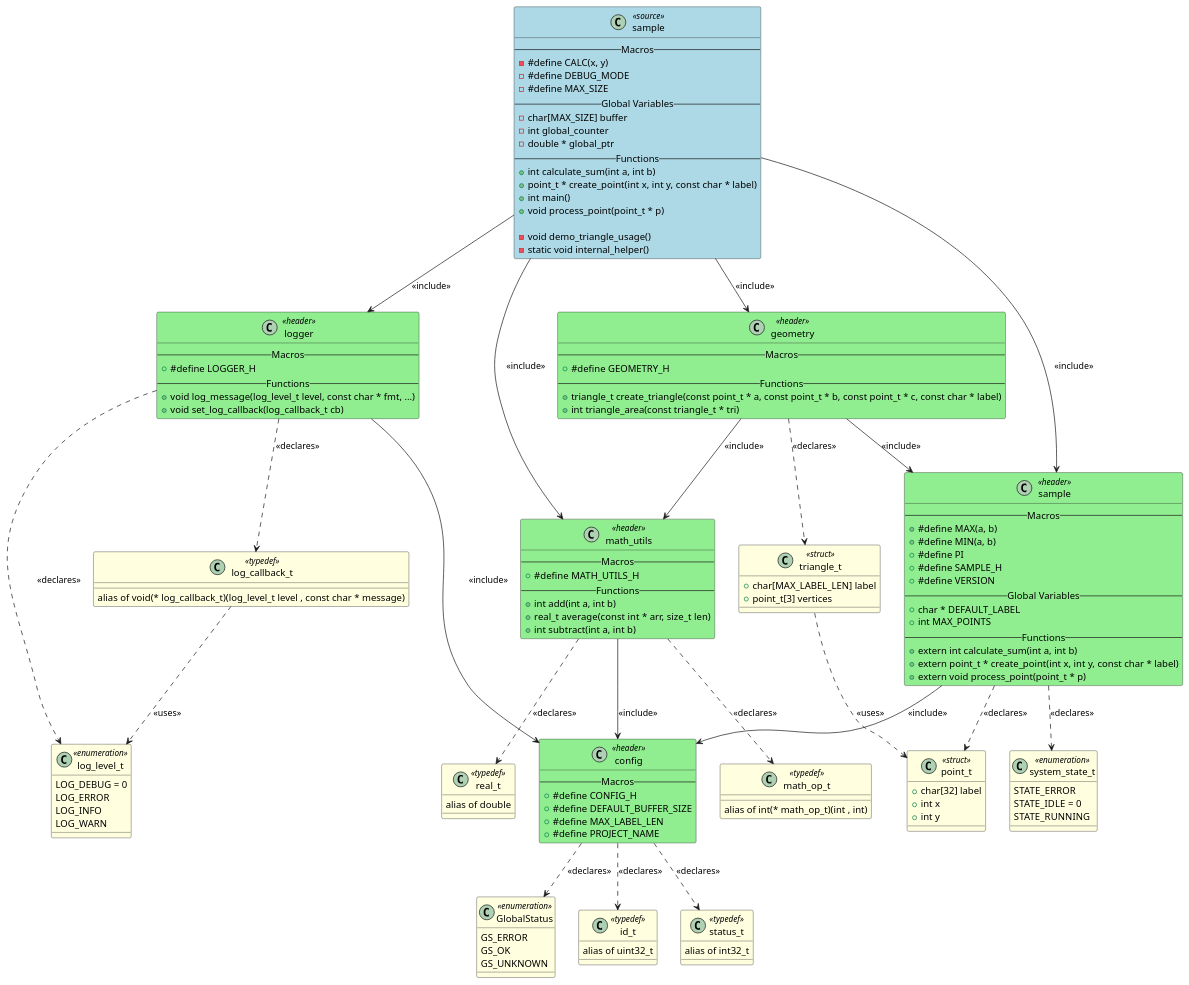
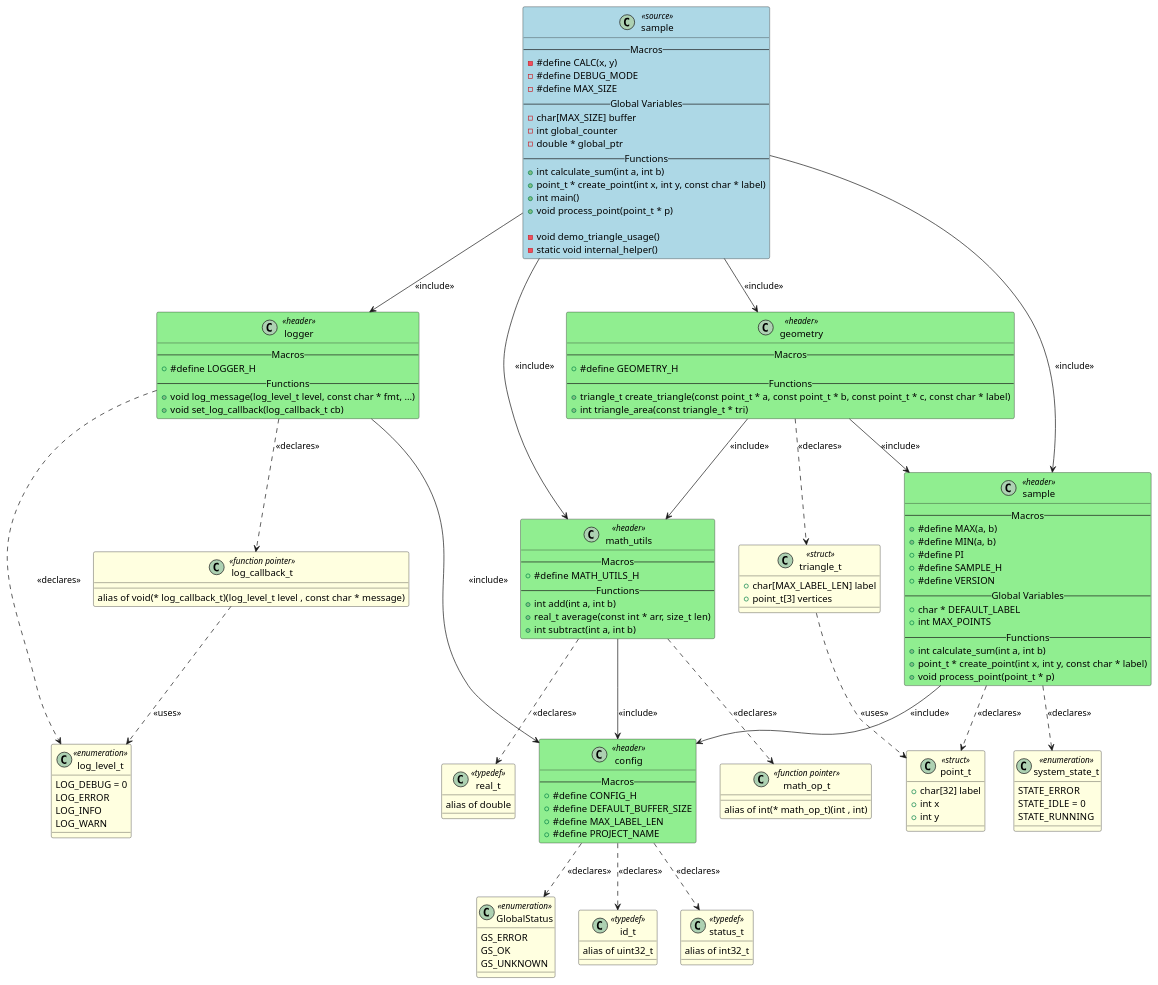
The diagram in artifacts/output_example/sample.puml (fischerjooo/c2puml), drawn with PlantUML before and after one commit. The commit also changed 30 other files, not shown here.

First line of the commit message:
Update function pointer typedefs for consistency (#202)

```diff
--- a/artifacts/output_example/sample.puml
+++ b/artifacts/output_example/sample.puml
@@ -1,165 +1,165 @@
 @startuml sample
 
 class "sample" as SAMPLE <<source>> #LightBlue
 {
     -- Macros --
     - #define CALC(x, y)
     - #define DEBUG_MODE
     - #define MAX_SIZE
     -- Global Variables --
     - char[MAX_SIZE] buffer
     - int global_counter
     - double * global_ptr
     -- Functions --
     + int calculate_sum(int a, int b)
     + point_t * create_point(int x, int y, const char * label)
     + int main()
     + void process_point(point_t * p)
 
     - void demo_triangle_usage()
     - static void internal_helper()
 }
 
 class "config" as HEADER_CONFIG <<header>> #LightGreen
 {
     -- Macros --
     + #define CONFIG_H
     + #define DEFAULT_BUFFER_SIZE
     + #define MAX_LABEL_LEN
     + #define PROJECT_NAME
 }
 
 class "geometry" as HEADER_GEOMETRY <<header>> #LightGreen
 {
     -- Macros --
     + #define GEOMETRY_H
     -- Functions --
     + triangle_t create_triangle(const point_t * a, const point_t * b, const point_t * c, const char * label)
     + int triangle_area(const triangle_t * tri)
 }
 
 class "logger" as HEADER_LOGGER <<header>> #LightGreen
 {
     -- Macros --
     + #define LOGGER_H
     -- Functions --
     + void log_message(log_level_t level, const char * fmt, ...)
     + void set_log_callback(log_callback_t cb)
 }
 
 class "math_utils" as HEADER_MATH_UTILS <<header>> #LightGreen
 {
     -- Macros --
     + #define MATH_UTILS_H
     -- Functions --
     + int add(int a, int b)
     + real_t average(const int * arr, size_t len)
     + int subtract(int a, int b)
 }
 
 class "sample" as HEADER_SAMPLE <<header>> #LightGreen
 {
     -- Macros --
     + #define MAX(a, b)
     + #define MIN(a, b)
     + #define PI
     + #define SAMPLE_H
     + #define VERSION
     -- Global Variables --
     + char * DEFAULT_LABEL
     + int MAX_POINTS
     -- Functions --
-    + extern int calculate_sum(int a, int b)
-    + extern point_t * create_point(int x, int y, const char * label)
-    + extern void process_point(point_t * p)
+    + int calculate_sum(int a, int b)
+    + point_t * create_point(int x, int y, const char * label)
+    + void process_point(point_t * p)
 }
 
 class "GlobalStatus" as TYPEDEF_GLOBALSTATUS <<enumeration>> #LightYellow
 {
     GS_ERROR
     GS_OK
     GS_UNKNOWN
 }
 
 class "id_t" as TYPEDEF_ID_T <<typedef>> #LightYellow
 {
     alias of uint32_t
 }
 
 class "status_t" as TYPEDEF_STATUS_T <<typedef>> #LightYellow
 {
     alias of int32_t
 }
 
 class "triangle_t" as TYPEDEF_TRIANGLE_T <<struct>> #LightYellow
 {
     + char[MAX_LABEL_LEN] label
     + point_t[3] vertices
 }
 
 class "log_level_t" as TYPEDEF_LOG_LEVEL_T <<enumeration>> #LightYellow
 {
     LOG_DEBUG = 0
     LOG_ERROR
     LOG_INFO
     LOG_WARN
 }
 
-class "log_callback_t" as TYPEDEF_LOG_CALLBACK_T <<typedef>> #LightYellow
+class "log_callback_t" as TYPEDEF_LOG_CALLBACK_T <<function pointer>> #LightYellow
 {
     alias of void(* log_callback_t)(log_level_t level , const char * message)
 }
 
-class "math_op_t" as TYPEDEF_MATH_OP_T <<typedef>> #LightYellow
+class "math_op_t" as TYPEDEF_MATH_OP_T <<function pointer>> #LightYellow
 {
     alias of int(* math_op_t)(int , int)
 }
 
 class "real_t" as TYPEDEF_REAL_T <<typedef>> #LightYellow
 {
     alias of double
 }
 
 class "point_t" as TYPEDEF_POINT_T <<struct>> #LightYellow
 {
     + char[32] label
     + int x
     + int y
 }
 
 class "system_state_t" as TYPEDEF_SYSTEM_STATE_T <<enumeration>> #LightYellow
 {
     STATE_ERROR
     STATE_IDLE = 0
     STATE_RUNNING
 }
 
 
 ' Include relationships
 HEADER_GEOMETRY --> HEADER_MATH_UTILS : <<include>>
 HEADER_GEOMETRY --> HEADER_SAMPLE : <<include>>
 HEADER_LOGGER --> HEADER_CONFIG : <<include>>
 HEADER_MATH_UTILS --> HEADER_CONFIG : <<include>>
 SAMPLE --> HEADER_GEOMETRY : <<include>>
 SAMPLE --> HEADER_LOGGER : <<include>>
 SAMPLE --> HEADER_MATH_UTILS : <<include>>
 SAMPLE --> HEADER_SAMPLE : <<include>>
 HEADER_SAMPLE --> HEADER_CONFIG : <<include>>
 
 ' Declaration relationships
 HEADER_CONFIG ..> TYPEDEF_GLOBALSTATUS : <<declares>>
 HEADER_CONFIG ..> TYPEDEF_ID_T : <<declares>>
 HEADER_CONFIG ..> TYPEDEF_STATUS_T : <<declares>>
 HEADER_GEOMETRY ..> TYPEDEF_TRIANGLE_T : <<declares>>
 HEADER_LOGGER ..> TYPEDEF_LOG_LEVEL_T : <<declares>>
 HEADER_LOGGER ..> TYPEDEF_LOG_CALLBACK_T : <<declares>>
 HEADER_MATH_UTILS ..> TYPEDEF_MATH_OP_T : <<declares>>
 HEADER_MATH_UTILS ..> TYPEDEF_REAL_T : <<declares>>
 HEADER_SAMPLE ..> TYPEDEF_POINT_T : <<declares>>
 HEADER_SAMPLE ..> TYPEDEF_SYSTEM_STATE_T : <<declares>>
 
 ' Uses relationships
 TYPEDEF_TRIANGLE_T ..> TYPEDEF_POINT_T : <<uses>>
 TYPEDEF_LOG_CALLBACK_T ..> TYPEDEF_LOG_LEVEL_T : <<uses>>
 
 @enduml
```
